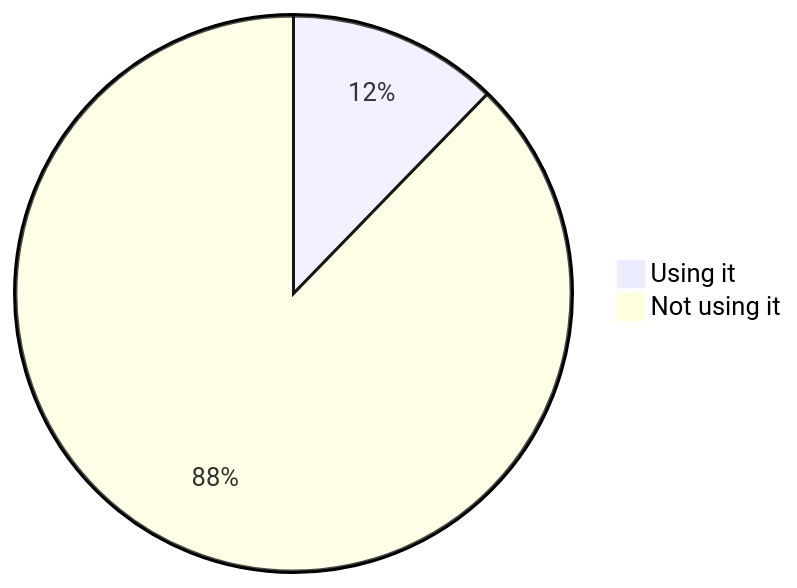
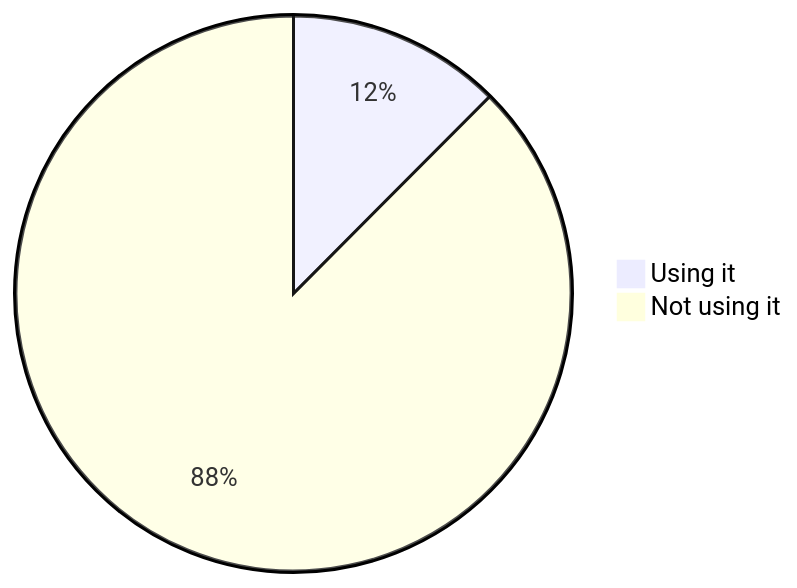
One commit to oshp/oshp-stats changed diagram 13 of 22 in stats.md. Above: the diagram before and after it, drawn with Mermaid. The commit also changed other lines of this file, not shown here.

````diff
--- a/stats.md
+++ b/stats.md
@@ -154,6 +154,6 @@
 ```mermaid
 pie
-	"Using it" : 12.27
-	"Not using it" : 87.73
+	"Using it" : 12.47
+	"Not using it" : 87.53
 
 ```
````
